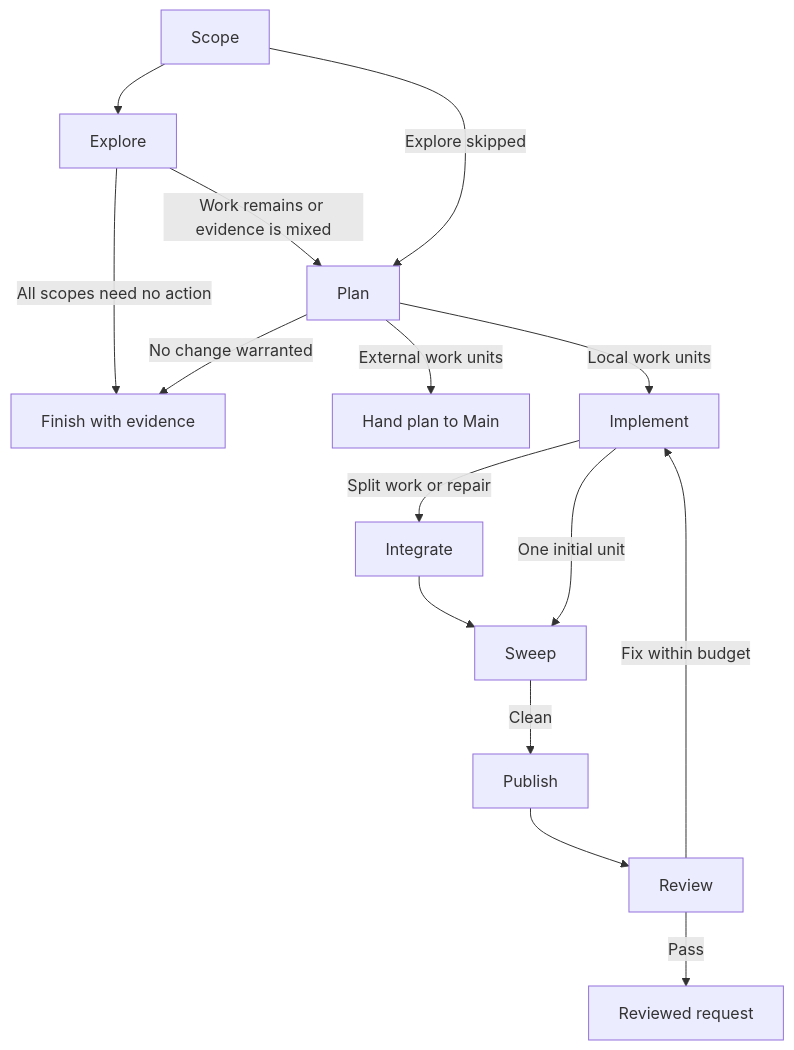
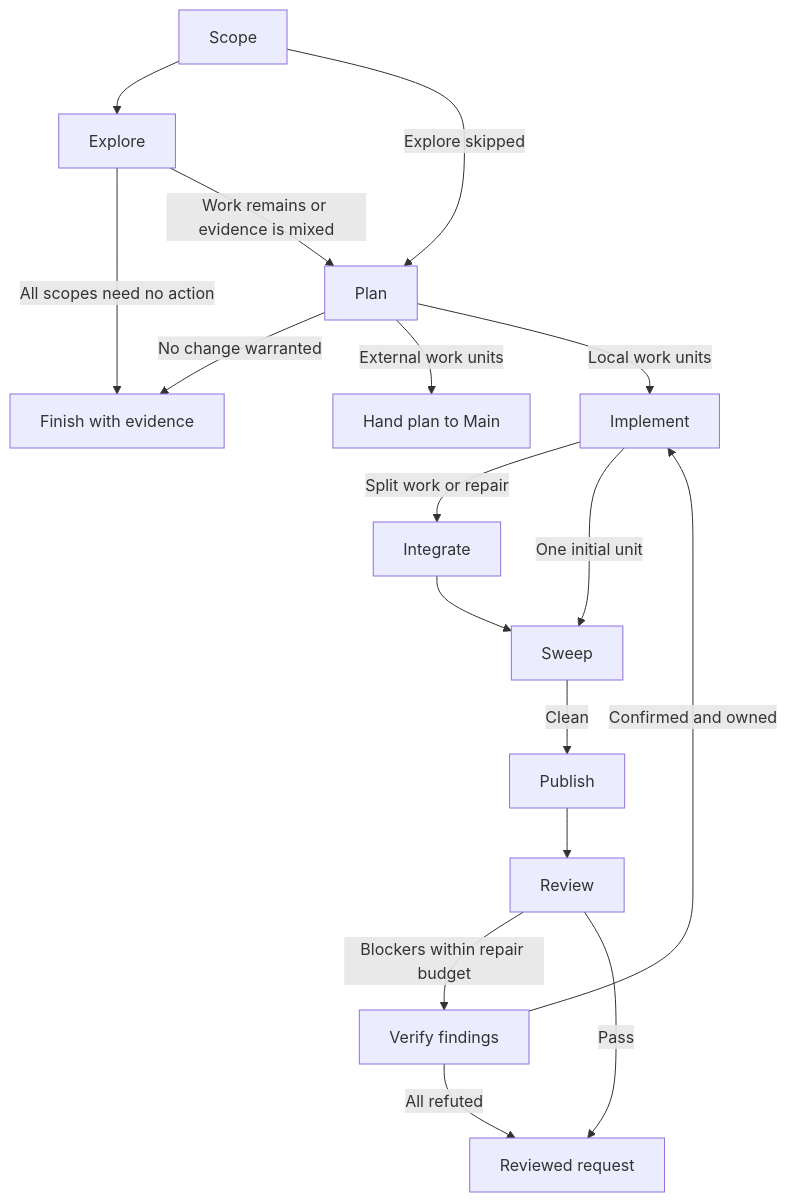
One commit to ririnto/workgraph changed the diagram in docs/workflow-samples.md. Above: the diagram before and after it, drawn with Mermaid. The commit also changed other lines of this file and 8 other files, not shown here.

First line of the commit message:
fix(workflow): enforce delivery graph contracts

````diff
--- a/docs/workflow-samples.md
+++ b/docs/workflow-samples.md
@@ -101,17 +106,19 @@
 ```mermaid
 flowchart TD
     S[Scope] --> E[Explore]
     S -->|Explore skipped| P[Plan]
     E -->|All scopes need no action| N[Finish with evidence]
     E -->|Work remains or evidence is mixed| P
     P -->|No change warranted| N
     P -->|External work units| H[Hand plan to Main]
     P -->|Local work units| I[Implement]
     I -->|Split work or repair| G[Integrate]
     I -->|One initial unit| W[Sweep]
     G --> W
     W -->|Clean| U[Publish]
     U --> R[Review]
-    R -->|Fix within budget| I
+    R -->|Blockers within repair budget| V[Verify findings]
+    V -->|Confirmed and owned| I
+    V -->|All refuted| D
     R -->|Pass| D[Reviewed request]
 ```
````
